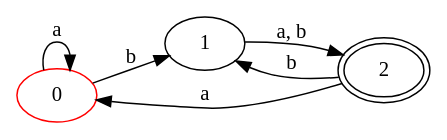
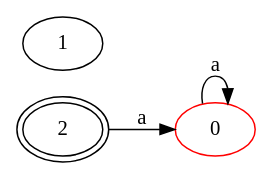
The diagram in affichage.dot (userdigitaldevil/automata), drawn with Graphviz before and after one commit. The commit also changed 2 other files, not shown here.

```diff
--- a/affichage.dot
+++ b/affichage.dot
@@ -1,11 +1,8 @@
 digraph a {
  rankdir=LR
 0[ label ="0", color=red ];
-0 -> 1 [ label = "b" ];
 0 -> 0 [ label = "a" ];
 1[ label ="1",];
-1 -> 2 [ label = "a, b" ];
 2[ label ="2",peripheries=2 ];
 2 -> 0 [ label = "a" ];
-2 -> 1 [ label = "b" ];
 }
```
